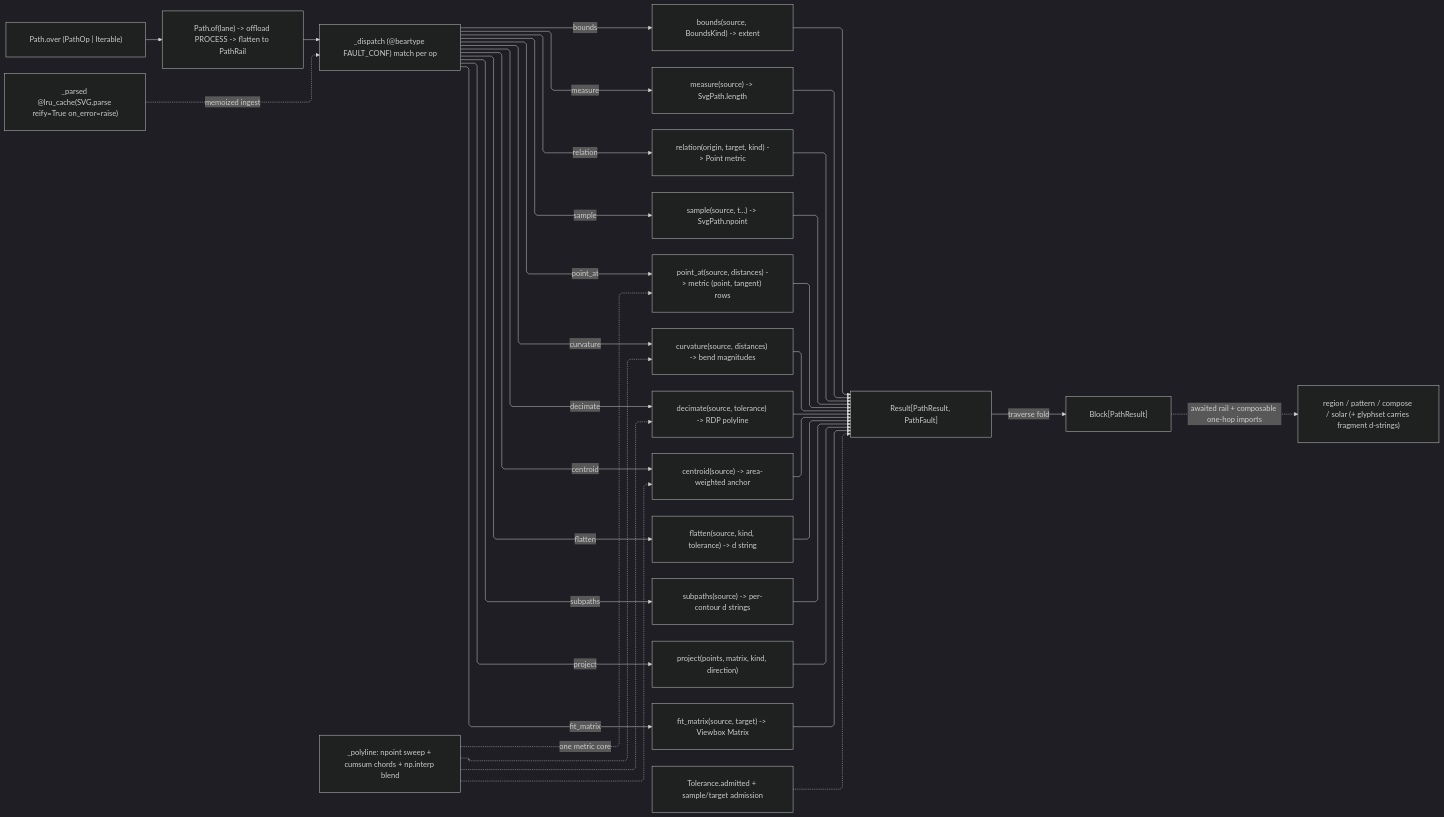
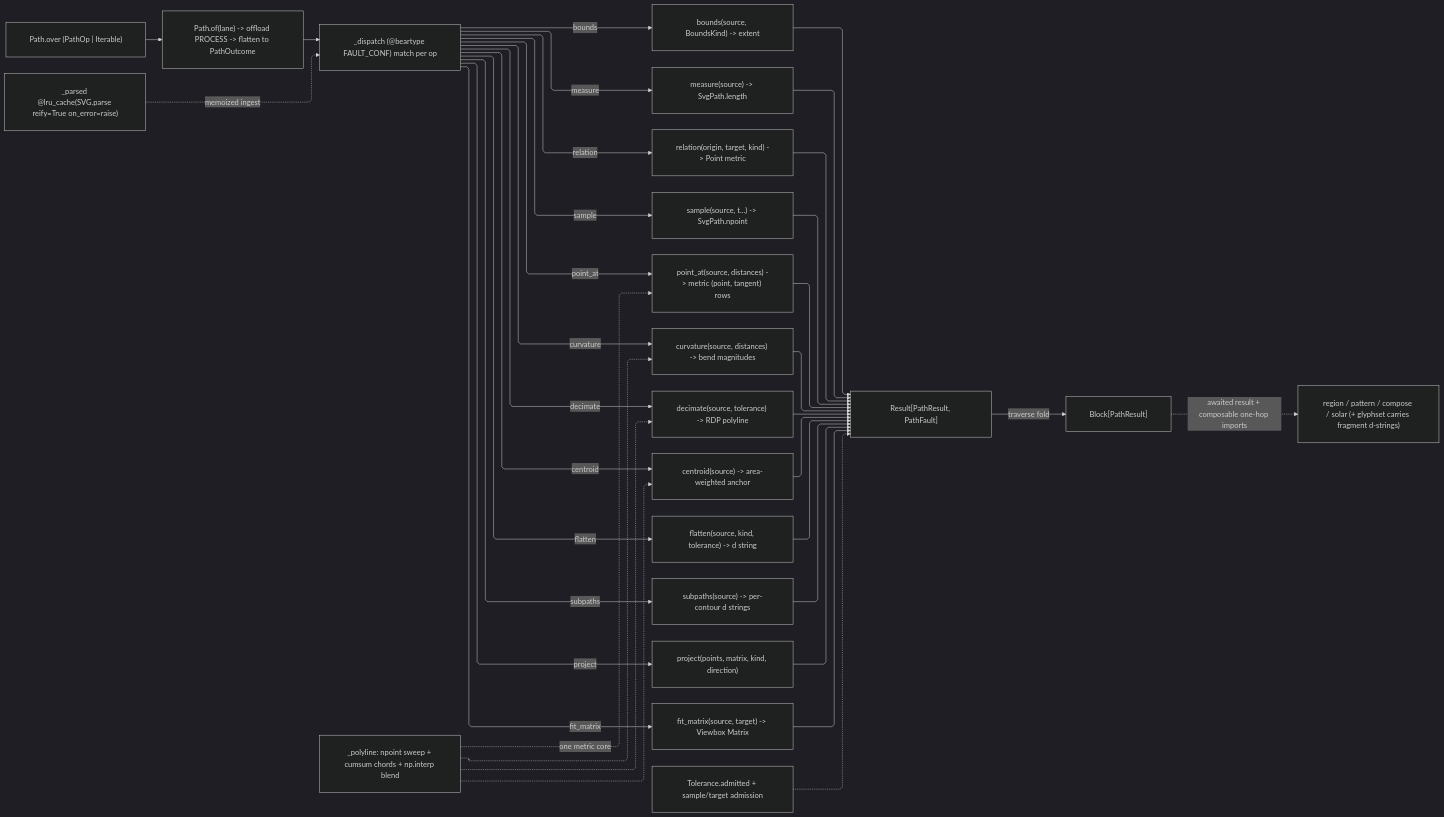
The diagram in libs/python/artifacts/.planning/graphic/vector/path.md (bsamiee/Rasm), drawn with Mermaid (dark theme) before and after one commit. The commit also changed other lines of this file and 1997 other files, not shown here.

First line of the commit message:
docs: rename rail to result and seam to boundary across the corpus

````diff
--- a/libs/python/artifacts/.planning/graphic/vector/path.md
+++ b/libs/python/artifacts/.planning/graphic/vector/path.md
@@ -584,46 +584,46 @@
 ```mermaid
 ---
 config:
   layout: elk
   flowchart:
     curve: linear
     padding: 25
 ---
 flowchart LR
     accTitle: Path operation dispatch and metric core
-    accDescr: One lane dispatch totally matching each path operation onto the bounds, measure, relation, sample, point-at, curvature, decimate, centroid, flatten, subpaths, project, and fit-matrix arms over one memoized ingest and one polyline metric core, every arm closing on the path result rail that folds to a block for the downstream consumers.
-    Over["Path.over (PathOp | Iterable)"] --> Of["Path.of(lane) -> offload PROCESS -> flatten to PathRail"]
+    accDescr: One lane dispatch totally matching each path operation onto the bounds, measure, relation, sample, point-at, curvature, decimate, centroid, flatten, subpaths, project, and fit-matrix arms over one memoized ingest and one polyline metric core, every arm closing on the path result type that folds to a block for the downstream consumers.
+    Over["Path.over (PathOp | Iterable)"] --> Of["Path.of(lane) -> offload PROCESS -> flatten to PathOutcome"]
     Of --> Disp["_dispatch (@beartype FAULT_CONF) match per op"]
     Disp -->|bounds| Bd["bounds(source, BoundsKind) -> extent"]
     Disp -->|measure| Ms["measure(source) -> SvgPath.length"]
     Disp -->|relation| Re["relation(origin, target, kind) -> Point metric"]
     Disp -->|sample| Sm["sample(source, t...) -> SvgPath.npoint"]
     Disp -->|point_at| Pa["point_at(source, distances) -> metric (point, tangent) rows"]
     Disp -->|curvature| Cv["curvature(source, distances) -> bend magnitudes"]
     Disp -->|decimate| Dc["decimate(source, tolerance) -> RDP polyline"]
     Disp -->|centroid| Cn["centroid(source) -> area-weighted anchor"]
     Disp -->|flatten| Fl["flatten(source, kind, tolerance) -> d string"]
     Disp -->|subpaths| Sp["subpaths(source) -> per-contour d strings"]
     Disp -->|project| Pj["project(points, matrix, kind, direction)"]
     Disp -->|fit_matrix| Ft["fit_matrix(source, target) -> Viewbox Matrix"]
     Sweep["_polyline: npoint sweep + cumsum chords + np.interp blend"] -.->|one metric core| Pa
     Sweep -.-> Cv
     Sweep -.-> Dc
     Sweep -.-> Cn
     Parse["_parsed @lru_cache(SVG.parse reify=True on_error=raise)"] -.->|memoized ingest| Disp
     Bd --> Result["Result[PathResult, PathFault]"]
     Ms --> Result
     Re --> Result
     Sm --> Result
     Pa --> Result
     Cv --> Result
     Dc --> Result
     Cn --> Result
     Fl --> Result
     Sp --> Result
     Pj --> Result
     Ft --> Result
     Result -->|traverse fold| Block["Block[PathResult]"]
     Policy["Tolerance.admitted + sample/target admission"] -.-> Result
-    Block -.->|awaited rail + composable one-hop imports| Consumers["region / pattern / compose / solar (+ glyphset carries fragment d-strings)"]
+    Block -.->|awaited result + composable one-hop imports| Consumers["region / pattern / compose / solar (+ glyphset carries fragment d-strings)"]
 ```
````
